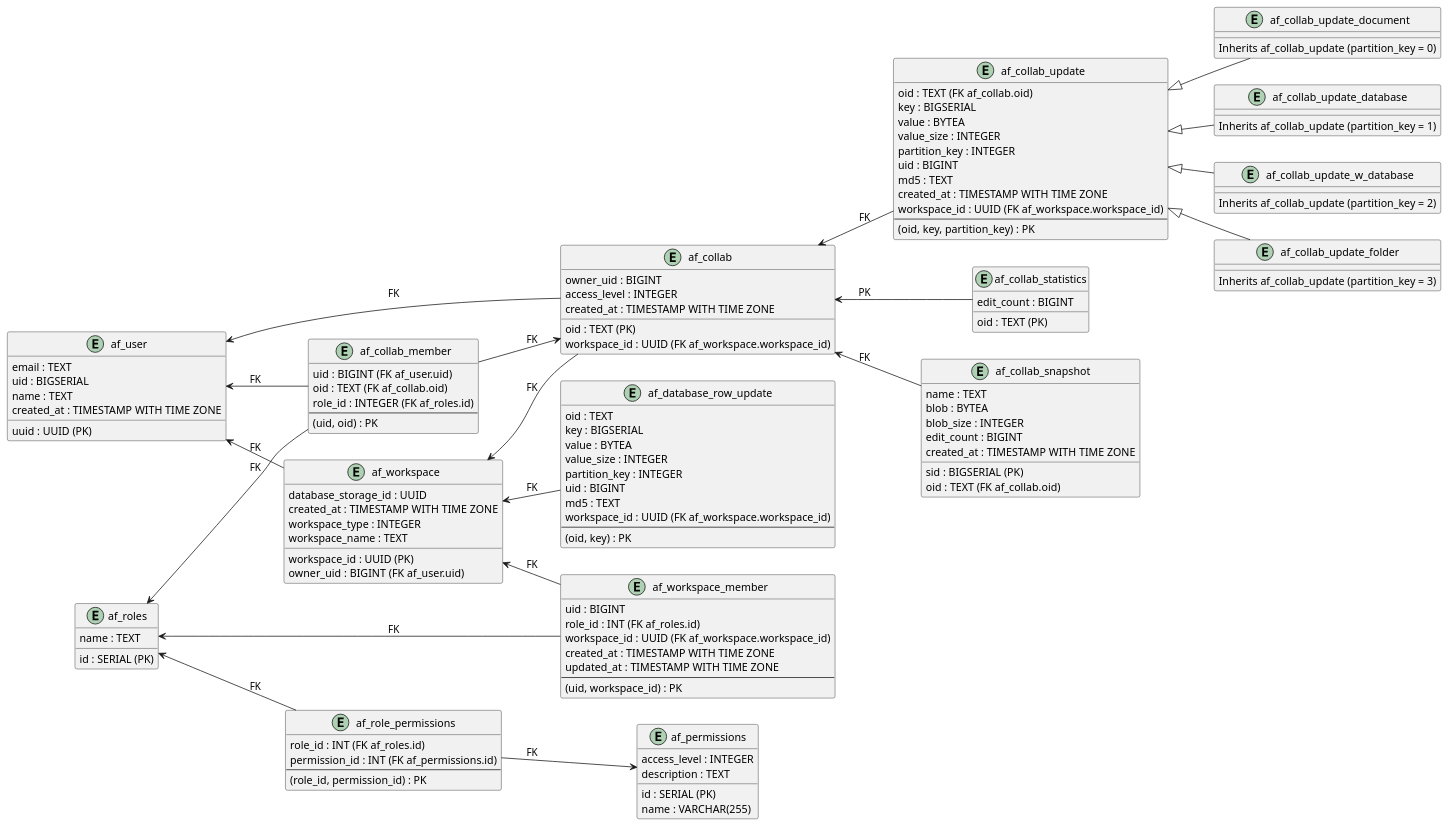
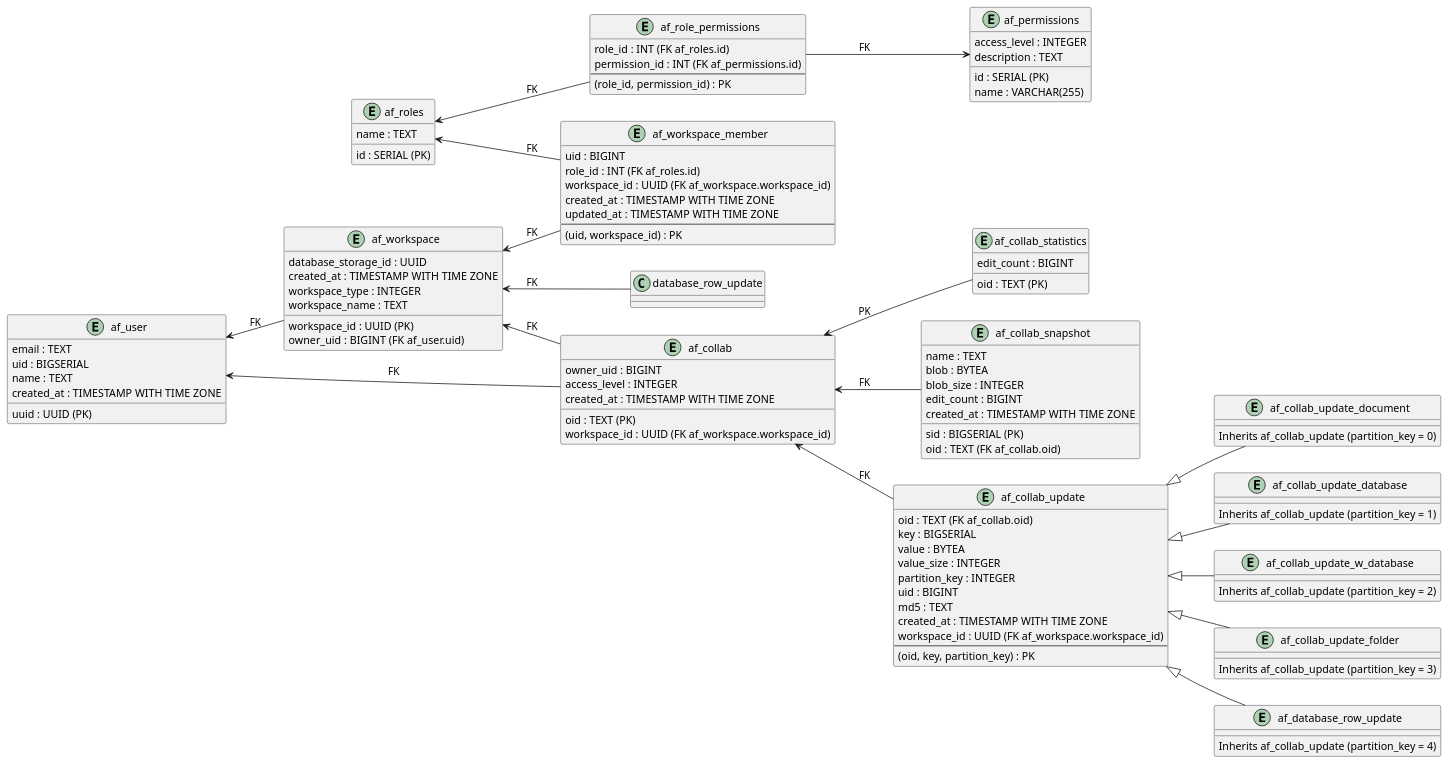
One commit to AppFlowy-IO/AppFlowy-Supabase changed the first of 2 diagrams in postgres/docs/schema.plantuml. Above: the diagram before and after it, drawn with PlantUML. The commit also changed 2 other files, not shown here.

```diff
--- a/postgres/docs/schema.plantuml
+++ b/postgres/docs/schema.plantuml
@@ -1,147 +1,139 @@
 @startuml
 left to right direction
 
 entity "af_roles" as roles {
   id : SERIAL (PK)
   name : TEXT
 }
 
 entity "af_permissions" as permissions {
   id : SERIAL (PK)
   name : VARCHAR(255)
   access_level : INTEGER
   description : TEXT
 }
 
 entity "af_role_permissions" as role_permissions {
   role_id : INT (FK af_roles.id)
   permission_id : INT (FK af_permissions.id)
   --
   (role_id, permission_id) : PK
 }
 
 entity "af_user" as user {
   uuid : UUID (PK)
   email : TEXT
   uid : BIGSERIAL
   name : TEXT
   created_at : TIMESTAMP WITH TIME ZONE
 }
 
 entity "af_workspace" as workspace {
   workspace_id : UUID (PK)
   database_storage_id : UUID
   owner_uid : BIGINT (FK af_user.uid)
   created_at : TIMESTAMP WITH TIME ZONE
   workspace_type : INTEGER
   workspace_name : TEXT
 }
 
 entity "af_workspace_member" as workspace_member {
   uid : BIGINT
   role_id : INT (FK af_roles.id)
   workspace_id : UUID (FK af_workspace.workspace_id)
   created_at : TIMESTAMP WITH TIME ZONE
   updated_at : TIMESTAMP WITH TIME ZONE
   --
   (uid, workspace_id) : PK
 }
 
 entity "af_collab" as collab {
   oid : TEXT (PK)
   owner_uid : BIGINT
   workspace_id : UUID (FK af_workspace.workspace_id)
   access_level : INTEGER
   created_at : TIMESTAMP WITH TIME ZONE
 }
 
 entity "af_collab_update" as collab_update {
   oid : TEXT (FK af_collab.oid)
   key : BIGSERIAL
   value : BYTEA
   value_size : INTEGER
   partition_key : INTEGER
   uid : BIGINT
   md5 : TEXT
   created_at : TIMESTAMP WITH TIME ZONE
   workspace_id : UUID (FK af_workspace.workspace_id)
   --
   (oid, key, partition_key) : PK
 }
 
 
 entity "af_collab_update_document" as af_collab_update_document {
   Inherits af_collab_update (partition_key = 0)
 }
 
 entity "af_collab_update_database" as af_collab_update_database {
   Inherits af_collab_update (partition_key = 1)
 }
 
 entity "af_collab_update_w_database" as af_collab_update_w_database {
   Inherits af_collab_update (partition_key = 2)
 }
 
 entity "af_collab_update_folder" as af_collab_update_folder {
   Inherits af_collab_update (partition_key = 3)
 }
 
+entity "af_database_row_update" as af_database_row_update {
+  Inherits af_collab_update (partition_key = 4)
+}
+
 af_collab_update_document -u-|> collab_update
 af_collab_update_database -u-|> collab_update
 af_collab_update_w_database -u-|> collab_update
 af_collab_update_folder -u-|> collab_update
+af_database_row_update -u-|> collab_update
 
-entity "af_database_row_update" as database_row_update {
-  oid : TEXT
-  key : BIGSERIAL
-  value : BYTEA
-  value_size : INTEGER
-  partition_key : INTEGER
-  uid : BIGINT
-  md5 : TEXT
-  workspace_id : UUID (FK af_workspace.workspace_id)
-  --
-  (oid, key) : PK
-}
-
-entity "af_collab_member" as collab_member {
-  uid : BIGINT (FK af_user.uid)
-  oid : TEXT (FK af_collab.oid)
-  role_id : INTEGER (FK af_roles.id)
-  --
-  (uid, oid) : PK
-}
+'entity "af_collab_member" as collab_member {
+'  uid : BIGINT (FK af_user.uid)
+'  oid : TEXT (FK af_collab.oid)
+'  role_id : INTEGER (FK af_roles.id)
+'  --
+'  (uid, oid) : PK
+'}
 
 entity "af_collab_statistics" as collab_statistics {
   oid : TEXT (PK)
   edit_count : BIGINT
 }
 
 entity "af_collab_snapshot" as collab_snapshot {
   sid : BIGSERIAL (PK)
   oid : TEXT (FK af_collab.oid)
   name : TEXT
   blob : BYTEA
   blob_size : INTEGER
   edit_count : BIGINT
   created_at : TIMESTAMP WITH TIME ZONE
 }
 
 
 roles <-- role_permissions : FK
 permissions <-u- role_permissions : FK
 user <-- collab : FK
 user <-- workspace : FK
-user <-- collab_member : FK
+'user <-- collab_member : FK
 roles <-- workspace_member : FK
 workspace <-- workspace_member : FK
 workspace <-- collab : FK
 workspace <-- database_row_update : FK
 collab <-- collab_update : FK
 collab <-- collab_snapshot: FK
-collab <-u- collab_member : FK
+'collab <-u- collab_member : FK
 collab <-- collab_statistics : PK
-roles <-- collab_member : FK
+'roles <-- collab_member : FK
 
 
 @enduml
```
